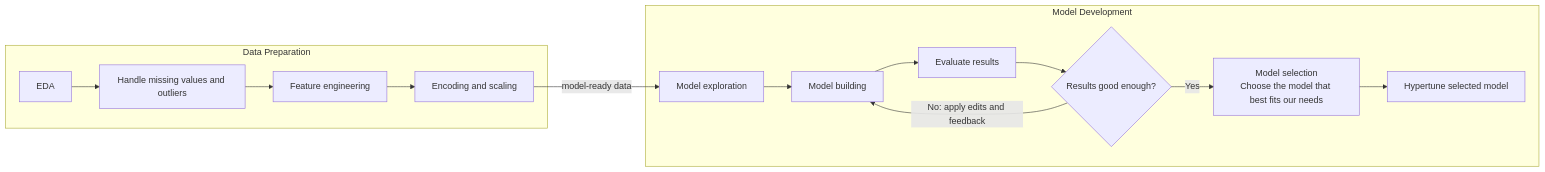
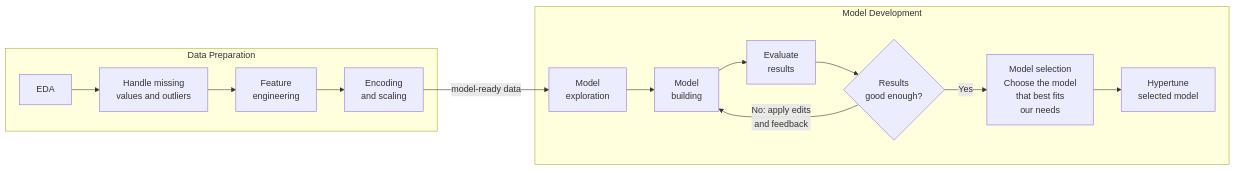
The diagram in docs/architectural_diagram.md (Break-Through-Tech/American-Express-1C-second-look-lending), drawn with Mermaid before and after one commit.

Commit message:
Enhance architectural diagram with line breaks
Updated the architectural diagram to improve readability by adding line breaks in node labels.

````diff
--- a/docs/architectural_diagram.md
+++ b/docs/architectural_diagram.md
@@ -3,19 +3,19 @@
 ```mermaid
 flowchart LR
     subgraph PREP["Data Preparation"]
-        A["EDA"] --> B["Handle missing values and outliers"]
-        B --> C["Feature engineering"]
-        C --> D["Encoding and scaling"]
+        A["EDA"] --> B["Handle missing<br/>values and outliers"]
+        B --> C["Feature<br/>engineering"]
+        C --> D["Encoding<br/>and scaling"]
     end
 
     subgraph MODEL["Model Development"]
-        E["Model exploration"] --> F["Model building"]
-        F --> R["Evaluate results"]
-        R --> Q{"Results good enough?"}
-        Q -->|"No: apply edits and feedback"| F
-        Q -->|"Yes"| G["Model selection<br/>Choose the model that best fits our needs"]
-        G --> H["Hypertune selected model"]
+        E["Model<br/>exploration"] --> F["Model<br/>building"]
+        F --> R["Evaluate<br/>results"]
+        R --> Q{"Results<br/>good enough?"}
+        Q -->|"No: apply edits<br/>and feedback"| F
+        Q -->|"Yes"| G["Model selection<br/>Choose the model<br/>that best fits<br/>our needs"]
+        G --> H["Hypertune<br/>selected model"]
     end
 
     D -->|"model-ready data"| E
 ```
````
